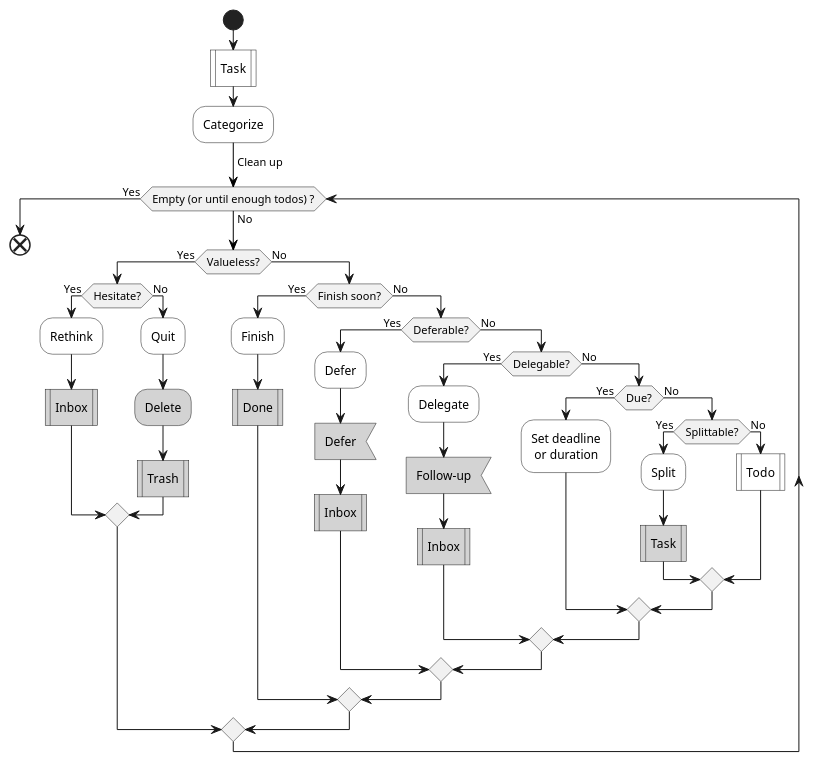
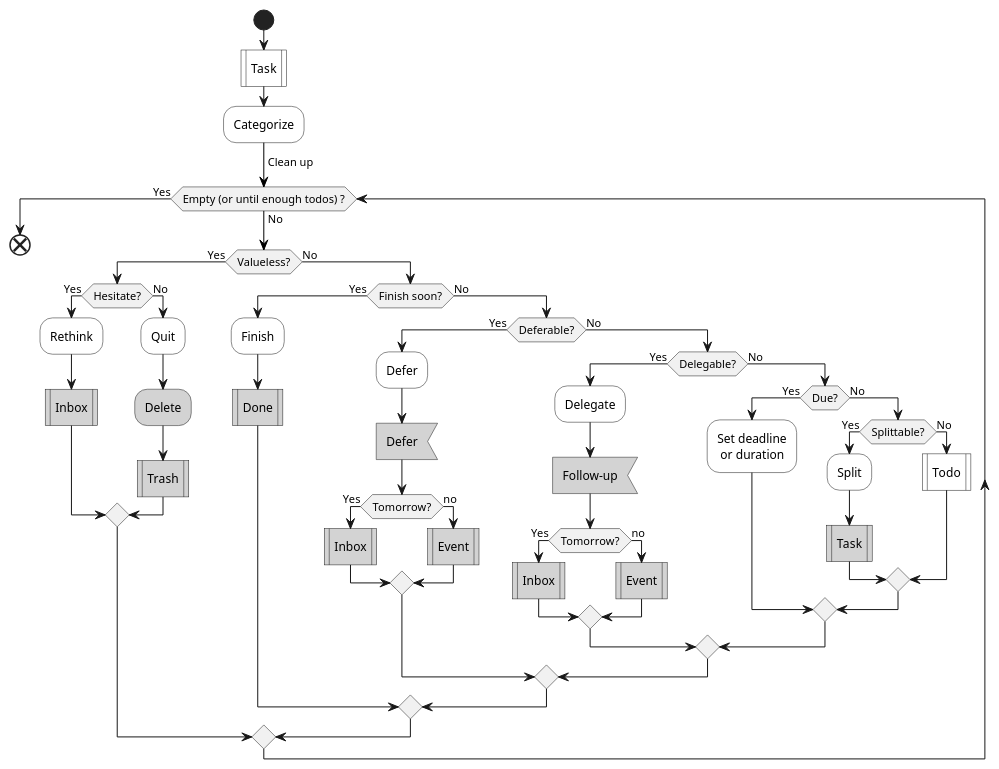
One commit to IceHe/icehe-lib changed the second of 4 diagrams in lifelogs/rehabilitation.md. Above: the diagram before and after it, drawn with PlantUML.

Commit message:
2020-12-17 21:10:50 Thu

````diff
--- a/lifelogs/rehabilitation.md
+++ b/lifelogs/rehabilitation.md
@@ -232,54 +232,62 @@
 ```plantuml
 @startuml
 start
 #white:Task|
 #white:Categorize;
 -[#black]-> Clean up;
 while (Empty (or until enough todos) ?) is (No)
     if (Valueless?) then (Yes)
         if (Hesitate?) then (Yes)
             #white:Rethink;
             #lightGray:Inbox|
         else (No)
             #white:Quit;
             #lightGray:Delete;
             #lightGray:Trash|
         endif
     else (No)
         if (Finish soon?) then (Yes)
             #white:Finish;
             #lightGray:Done|
         else (No)
             if (Deferable?) then (Yes)
                 #white:Defer;
                 #lightGray:Defer<
-                #lightGray:Inbox|
+                if (Tomorrow?) then (Yes)
+                    #lightGray:Inbox|
+                else (no)
+                    #lightGray:Event|
+                endif
             else (No)
                 if (Delegable?) then (Yes)
                     #white:Delegate;
                     #lightGray:Follow-up<
-                    #lightGray:Inbox|
+                    if (Tomorrow?) then (Yes)
+                        #lightGray:Inbox|
+                    else (no)
+                        #lightGray:Event|
+                    endif
                 else (No)
                     'if (Event?) then (Yes)
                     '    #white:Calendar|
                     'else (No)
                         if (Due?) then (Yes)
                             #white:Set deadline\n or duration;
                         else (No)
                             if (Splittable?) then (Yes)
                                 #white:Split;
                                 'note right : SMART 法则
                                 #lightGray:Task|
                             else (No)
                                 #white:Todo|
                             endif
                         endif
                     'endif
                 endif
             endif
         endif
     endif
 endwhile (Yes)
 end
 @enduml
 ```
````
